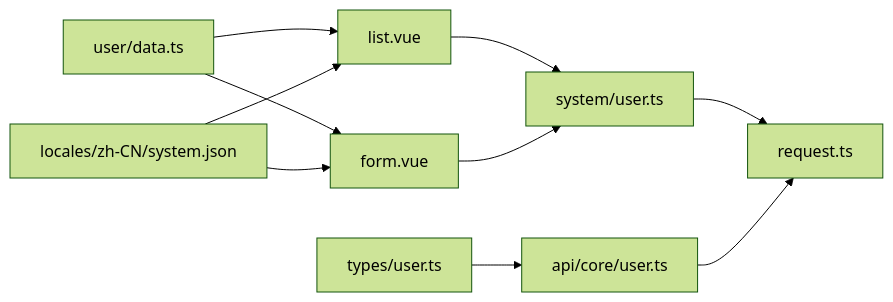
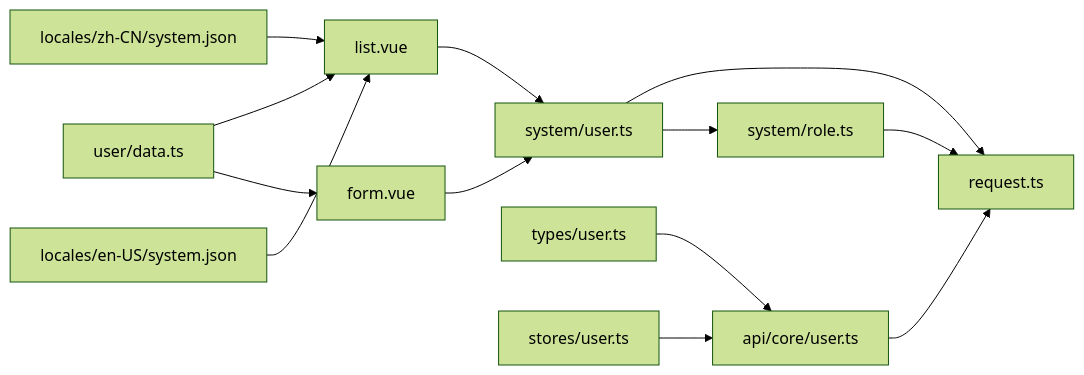
The fifth of 5 diagrams in .qoder/repowiki/zh/content/API 通信层/API 模块组织/系统管理 API 模块/用户管理 API.md (ShiRuYu/shiyu-ui), drawn with Mermaid (forest theme) before and after one commit. The commit also changed other lines of this file and 37 other files, not shown here.

````diff
--- a/.qoder/repowiki/zh/content/API 通信层/API 模块组织/系统管理 API 模块/用户管理 API.md
+++ b/.qoder/repowiki/zh/content/API 通信层/API 模块组织/系统管理 API 模块/用户管理 API.md
@@ -368,12 +442,15 @@
 ```mermaid
 graph LR
 LIST["list.vue"] --> API_USER["system/user.ts"]
 FORM["form.vue"] --> API_USER
 DATA["user/data.ts"] --> LIST
 DATA --> FORM
 API_USER --> REQ["request.ts"]
 CORE_USER["api/core/user.ts"] --> REQ
-LOCALE["locales/zh-CN/system.json"] --> LIST
-LOCALE --> FORM
+LOCALE_ZH["locales/zh-CN/system.json"] --> LIST
+LOCALE_EN["locales/en-US/system.json"] --> LIST
 TYPES["types/user.ts"] --> CORE_USER
+STORE["stores/user.ts"] --> CORE_USER
+API_USER --> API_ROLE["system/role.ts"]
+API_ROLE --> REQ
 ```
````
